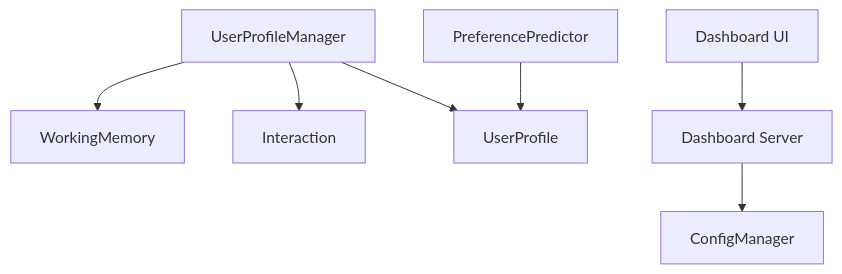
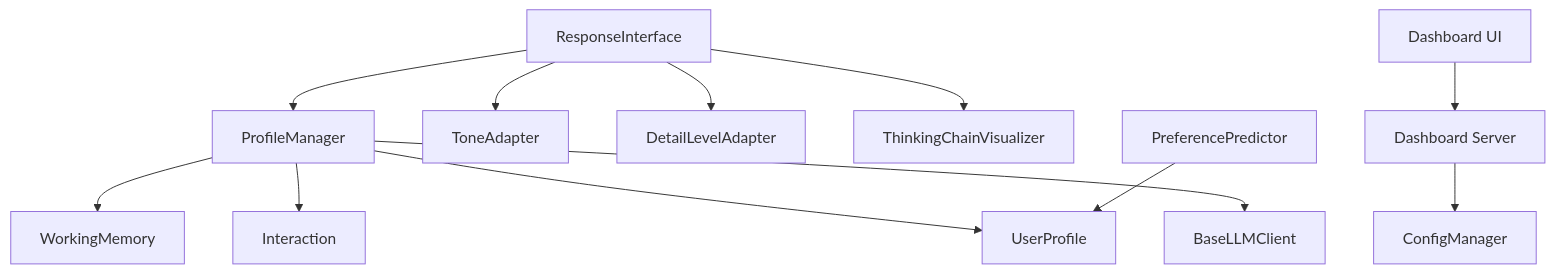
The sixth of 6 diagrams in .qoder/repowiki/zh/content/交互层模块/用户画像管理.md (JieGaoPrinceton/NecoRAG), drawn with Mermaid before and after one commit. The commit also changed other lines of this file and 12 other files, not shown here.

````diff
--- a/.qoder/repowiki/zh/content/交互层模块/用户画像管理.md
+++ b/.qoder/repowiki/zh/content/交互层模块/用户画像管理.md
@@ -323,9 +403,14 @@
 ```mermaid
 graph TB
-PM["UserProfileManager"] --> WM["WorkingMemory"]
+PM["ProfileManager"] --> WM["WorkingMemory"]
 PM --> IM["Interaction"]
 PM --> UP["UserProfile"]
+PM --> LLM["BaseLLMClient"]
+RI["ResponseInterface"] --> PM
+RI --> TA["ToneAdapter"]
+RI --> DLA["DetailLevelAdapter"]
+RI --> TV["ThinkingChainVisualizer"]
 PP["PreferencePredictor"] --> UP
 DS["Dashboard Server"] --> DC["ConfigManager"]
 DH["Dashboard UI"] --> DS
 ```
````
